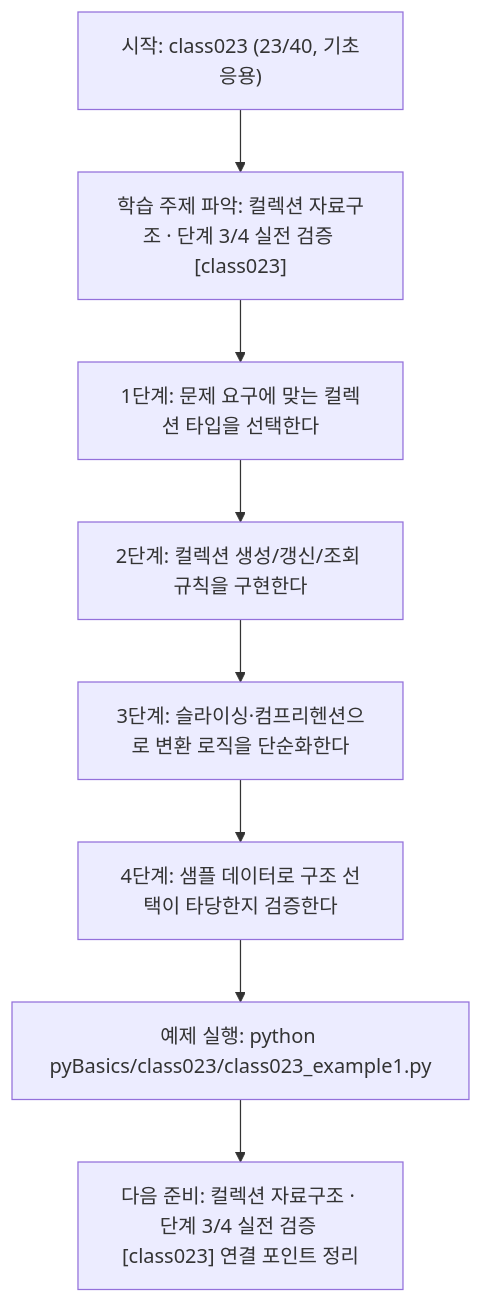
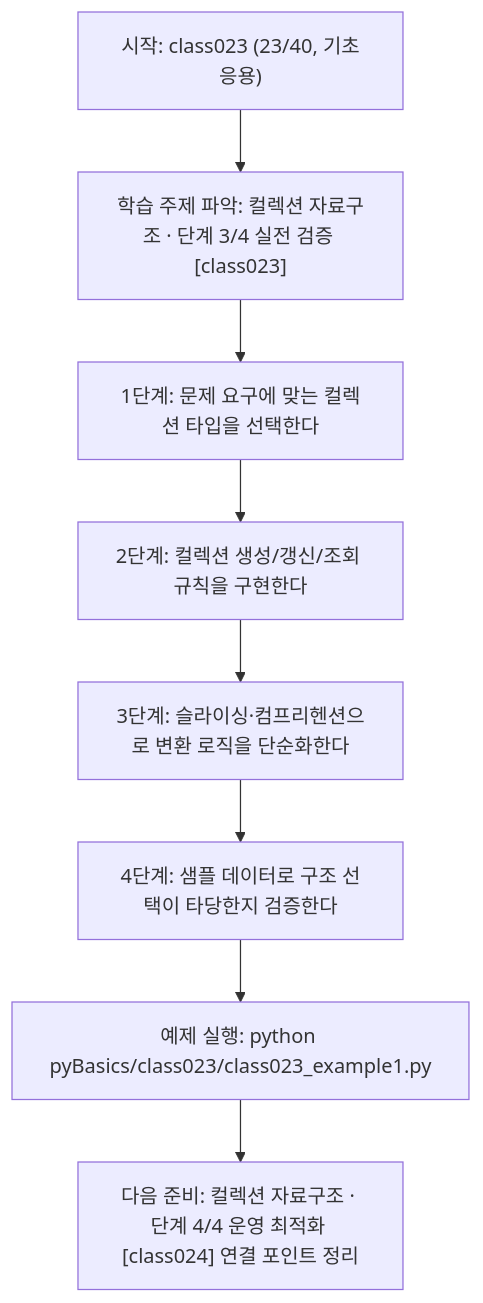
One commit to edumgt/Python-AI_Agent-Class changed the diagram in pyBasics/class023/class023.md. Above: the diagram before and after it, drawn with Mermaid. The commit also changed other lines of this file and 2370 other files, not shown here.

````diff
--- a/pyBasics/class023/class023.md
+++ b/pyBasics/class023/class023.md
@@ -109,18 +91,18 @@
 ```mermaid
 flowchart TD
 N1["시작: class023 (23/40, 기초응용)"]
 N2["학습 주제 파악: 컬렉션 자료구조 · 단계 3/4 실전 검증 [class023]"]
 N3["1단계: 문제 요구에 맞는 컬렉션 타입을 선택한다"]
 N4["2단계: 컬렉션 생성/갱신/조회 규칙을 구현한다"]
 N5["3단계: 슬라이싱·컴프리헨션으로 변환 로직을 단순화한다"]
 N6["4단계: 샘플 데이터로 구조 선택이 타당한지 검증한다"]
 N7["예제 실행: python pyBasics/class023/class023_example1.py"]
-N8["다음 준비: 컬렉션 자료구조 · 단계 3/4 실전 검증 [class023] 연결 포인트 정리"]
+N8["다음 준비: 컬렉션 자료구조 · 단계 4/4 운영 최적화 [class024] 연결 포인트 정리"]
 N1 --> N2
 N2 --> N3
 N3 --> N4
 N4 --> N5
 N5 --> N6
 N6 --> N7
 N7 --> N8
 ```
````
